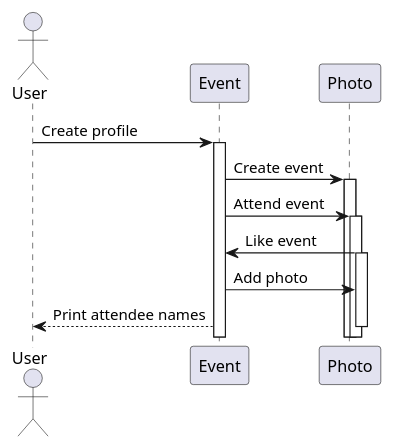
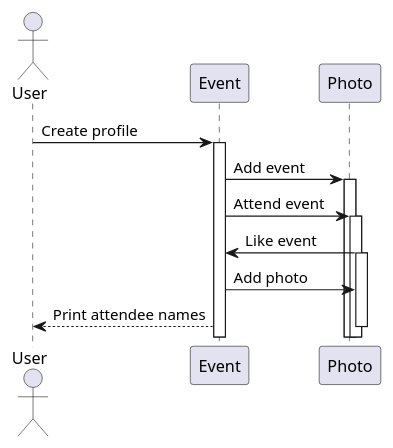
The diagram in architecture/sequence.puml (sinemyb/yogamed), drawn with PlantUML before and after one commit. The commit also changed 4 other files, not shown here.

Commit message:
Add puml to architecture folder

```diff
--- a/architecture/sequence.puml
+++ b/architecture/sequence.puml
@@ -1,22 +1,22 @@
 @startuml
 
 actor User 
 
 
 participant "Event" as A
 participant "Photo" as B
 
 User  -> A: Create profile
 activate A
-A -> B: Create event
+A -> B: Add event
 activate B
 A -> B: Attend event
 activate B
 B -> A: Like event
 activate B
 A -> B: Add photo
 A --> User: Print attendee names
 deactivate B
 
 
 @enduml
```
